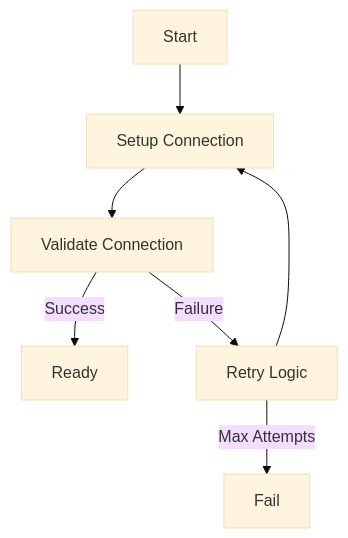
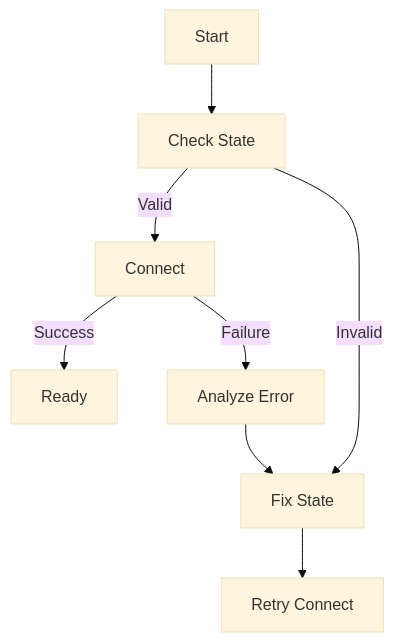
The third of 4 diagrams in cline_memory/systemPatterns.md (Inkmortal/LLM_Benchmarking), drawn with Mermaid (base theme) before and after one commit. The commit also changed other lines of this file and 4 other files, not shown here.

````diff
--- a/cline_memory/systemPatterns.md
+++ b/cline_memory/systemPatterns.md
@@ -39,9 +39,10 @@
 ```mermaid
 flowchart TD
-    Start[Start] --> Setup[Setup Connection]
-    Setup --> Validate[Validate Connection]
-    Validate -->|Success| Ready[Ready]
-    Validate -->|Failure| Retry[Retry Logic]
-    Retry -->|Max Attempts| Fail[Fail]
-    Retry --> Setup
+    Start[Start] --> Check[Check State]
+    Check -->|Valid| Connect[Connect]
+    Check -->|Invalid| Fix[Fix State]
+    Fix --> Retry[Retry Connect]
+    Connect -->|Success| Ready[Ready]
+    Connect -->|Failure| Analyze[Analyze Error]
+    Analyze --> Fix
 ```
````
